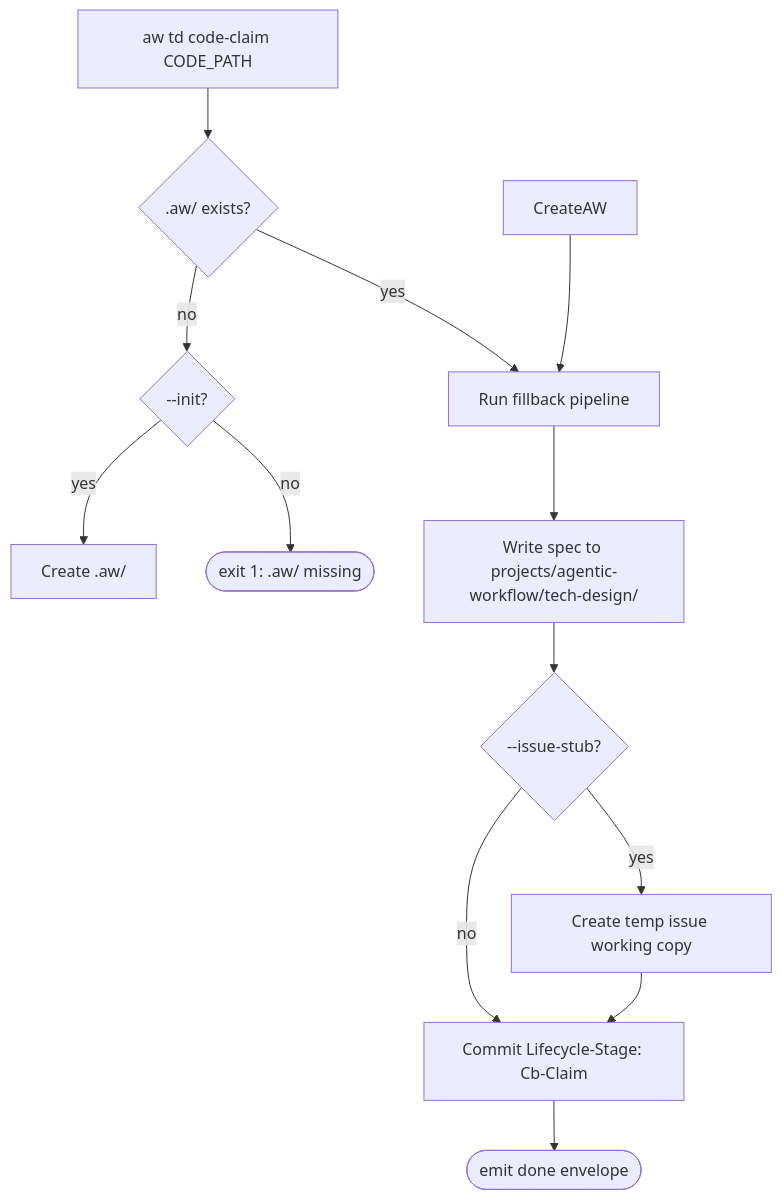
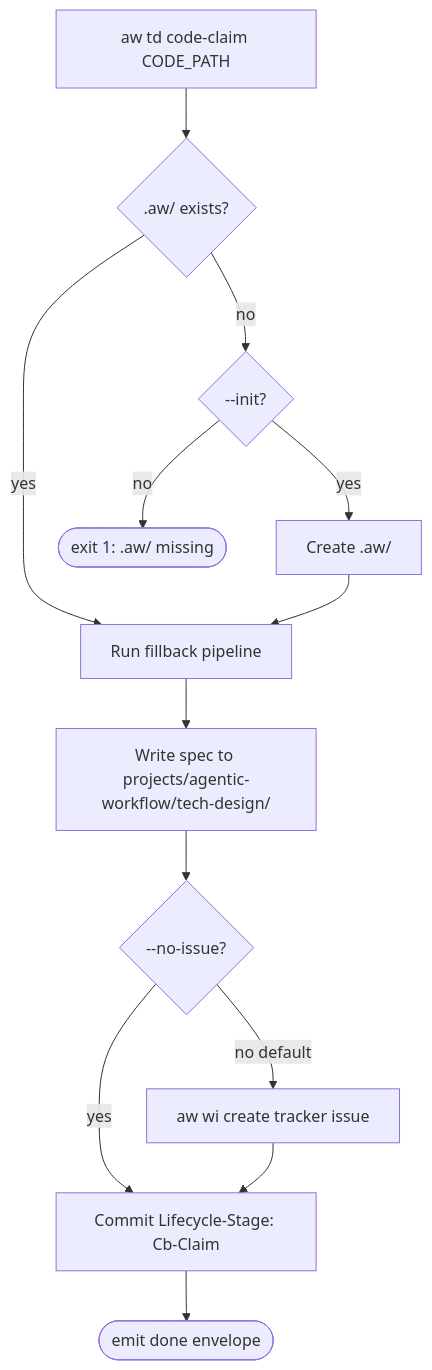
The diagram in .claude/skills/aw-cb-claim/SKILL.md (chrischeng-c4/axiom), drawn with Mermaid before and after one commit. The commit also changed other lines of this file and 32 other files, not shown here.

````diff
--- a/.claude/skills/aw-cb-claim/SKILL.md
+++ b/.claude/skills/aw-cb-claim/SKILL.md
@@ -31,15 +33,15 @@
 ```mermaid
 flowchart TB
     Start[aw td code-claim CODE_PATH] --> AW{.aw/ exists?}
     AW -- no --> Init{--init?}
     Init -- yes --> CreateAw[Create .aw/]
     Init -- no --> Err1([exit 1: .aw/ missing])
     AW -- yes --> Fill
-    CreateAW --> Fill[Run fillback pipeline]
+    CreateAw --> Fill[Run fillback pipeline]
     Fill --> Spec[Write spec to projects/agentic-workflow/tech-design/]
-    Spec --> Stub{--issue-stub?}
-    Stub -- yes --> Issue[Create temp issue working copy]
-    Stub -- no --> Trail
-    Issue --> Trail[Commit Lifecycle-Stage: Cb-Claim]
+    Spec --> Issue{--no-issue?}
+    Issue -- no default --> CreateIssue[aw wi create tracker issue]
+    Issue -- yes --> Trail
+    CreateIssue --> Trail[Commit Lifecycle-Stage: Cb-Claim]
     Trail --> Done([emit done envelope])
 ```
````
